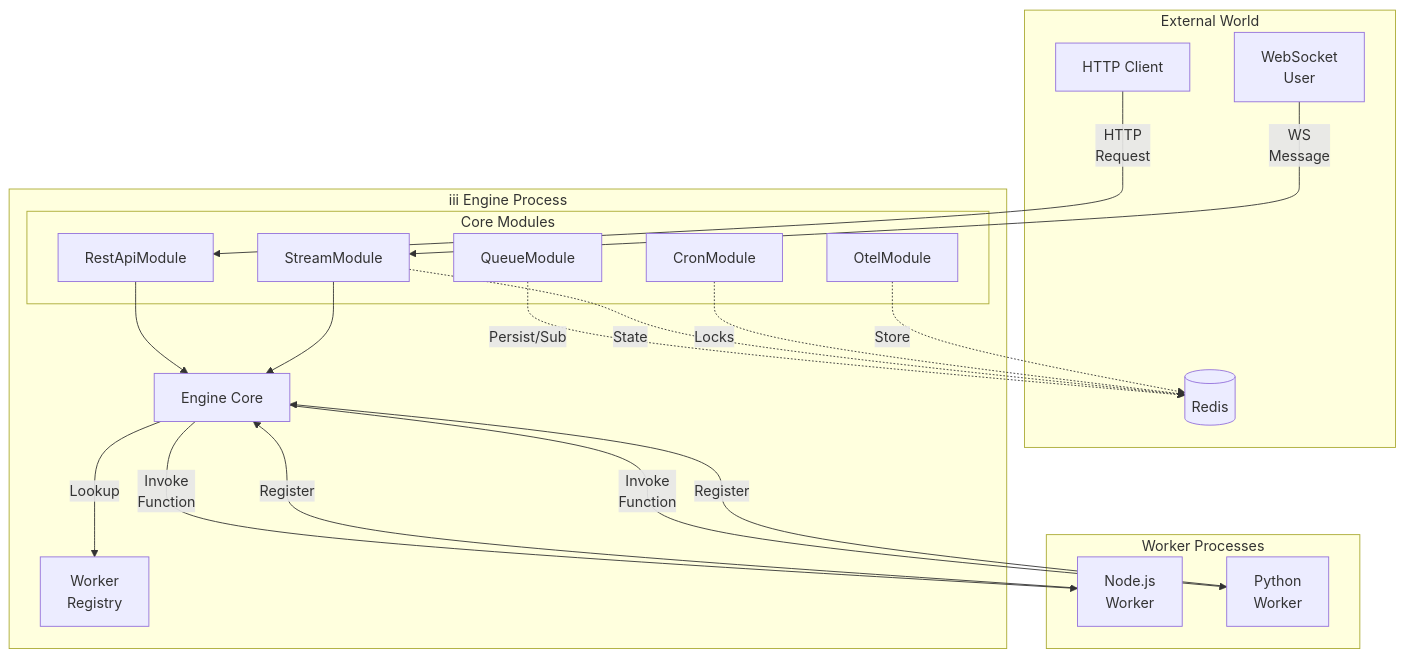
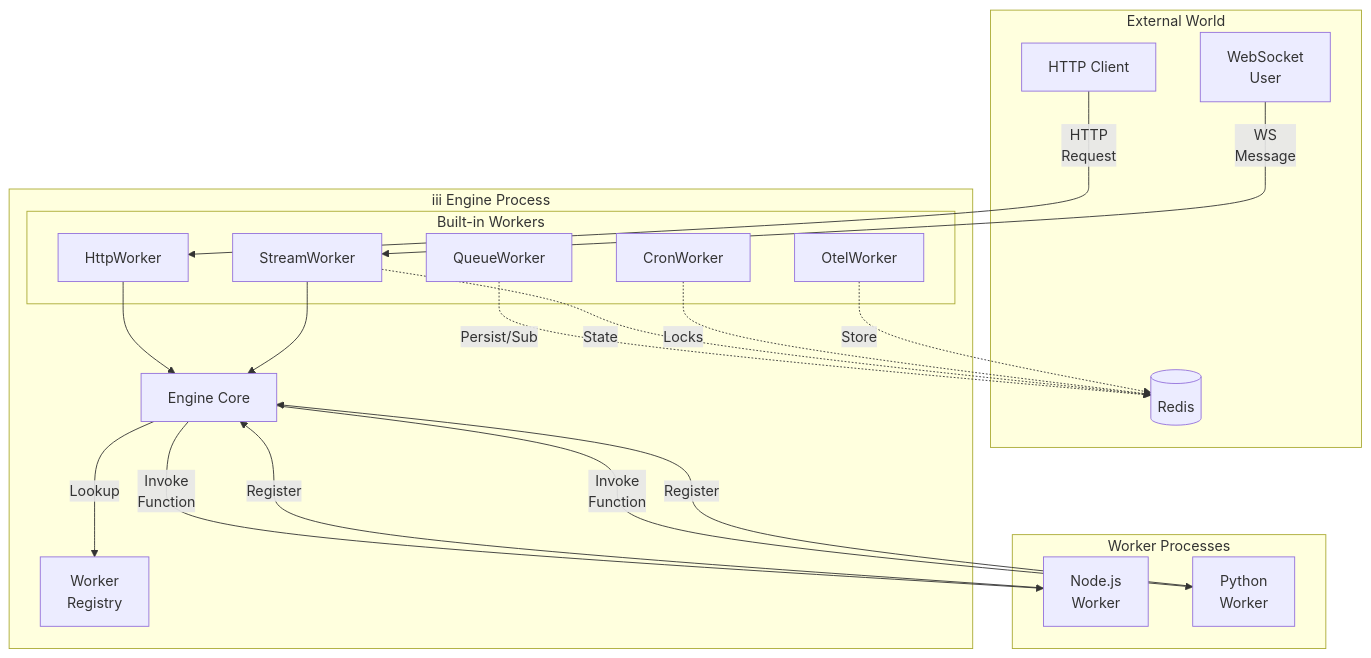
The first of 8 diagrams in docs/advanced/architecture.mdx (iii-hq/iii), drawn with Mermaid before and after one commit. The commit also changed other lines of this file and 13 other files, not shown here.

````diff
--- a/docs/advanced/architecture.mdx
+++ b/docs/advanced/architecture.mdx
@@ -16,44 +16,44 @@
 ```mermaid
 graph TD
     subgraph "External World"
         Client[HTTP Client]
         Redis[(Redis)]
         User[WebSocket<br/>User]
     end
 
     subgraph "iii Engine Process"
         Core[Engine Core]
         Reg[Worker<br/>Registry]
 
-        subgraph "Core Modules"
-            API[RestApiModule]
-            Stream[StreamModule]
-            Log[OtelModule]
-            Queue[QueueModule]
-            Cron[CronModule]
+        subgraph "Built-in Workers"
+            API[HttpWorker]
+            Stream[StreamWorker]
+            Log[OtelWorker]
+            Queue[QueueWorker]
+            Cron[CronWorker]
         end
     end
 
     subgraph "Worker Processes"
         W1[Node.js<br/>Worker]
         W2[Python<br/>Worker]
     end
 
     Client -->|HTTP<br/>Request| API
     User -->|WS<br/>Message| Stream
 
     API --> Core
     Stream --> Core
 
     Core -->|Lookup| Reg
     Core -->|Invoke<br/>Function| W1
     Core -->|Invoke<br/>Function| W2
 
     W1 -->|Register| Core
     W2 -->|Register| Core
 
     Queue -.->|Persist/Sub| Redis
     Stream -.->|State| Redis
     Cron -.->|Locks| Redis
     Log -.->|Store| Redis
 ```
````
